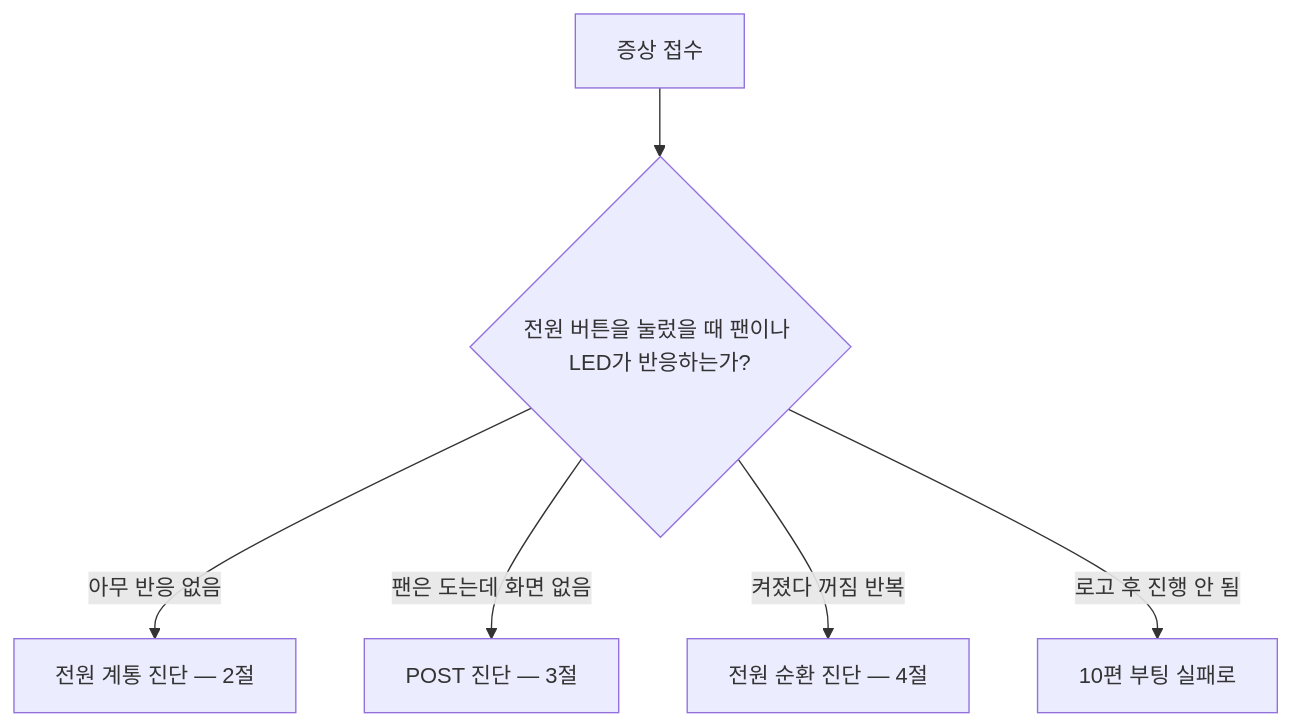
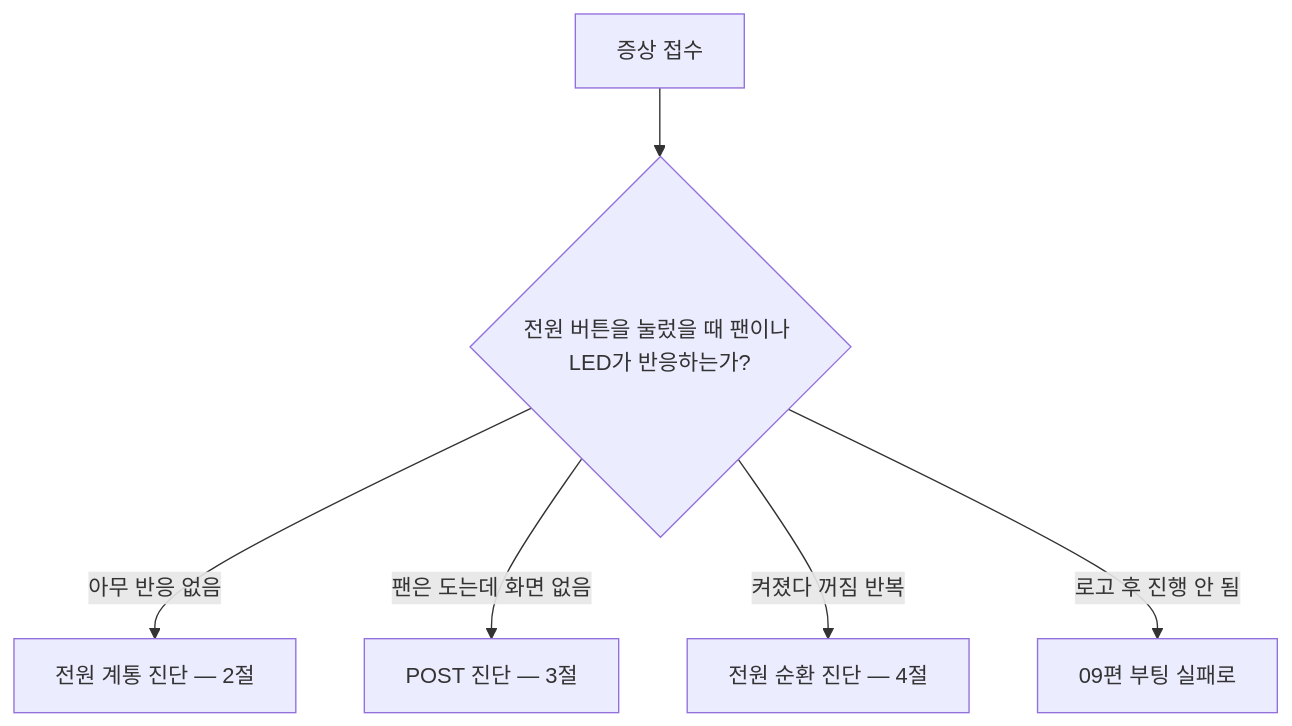
One commit to zenoK80/zeno-ai-docs changed the diagram in content/자격증/PC정비사_2급_실기/08_boot-fail-and-power-no-response.mdx. Above: the diagram before and after it, drawn with Mermaid. The commit also changed other lines of this file and 1368 other files, not shown here.

````diff
--- a/content/자격증/PC정비사_2급_실기/08_boot-fail-and-power-no-response.mdx
+++ b/content/자격증/PC정비사_2급_실기/08_boot-fail-and-power-no-response.mdx
@@ -28,8 +22,8 @@
 ```mermaid
 graph TD
   A[증상 접수] --> B{전원 버튼을 눌렀을 때 팬이나 LED가 반응하는가?}
   B -->|아무 반응 없음| C[전원 계통 진단 — 2절]
   B -->|팬은 도는데 화면 없음| D[POST 진단 — 3절]
   B -->|켜졌다 꺼짐 반복| E[전원 순환 진단 — 4절]
-  B -->|로고 후 진행 안 됨| F[10편 부팅 실패로]
+  B -->|로고 후 진행 안 됨| F[09편 부팅 실패로]
 ```
````
